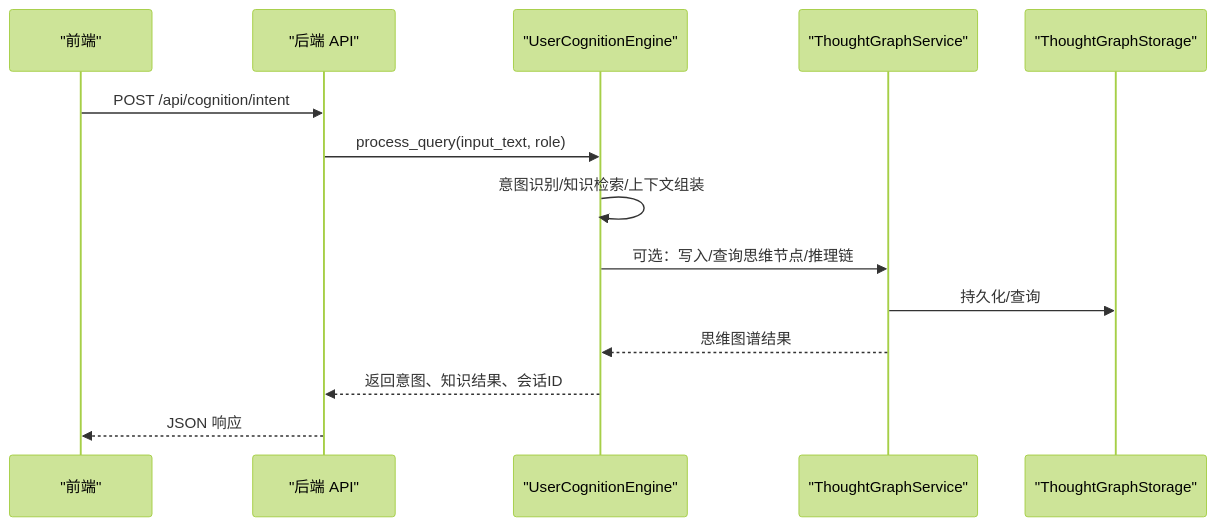
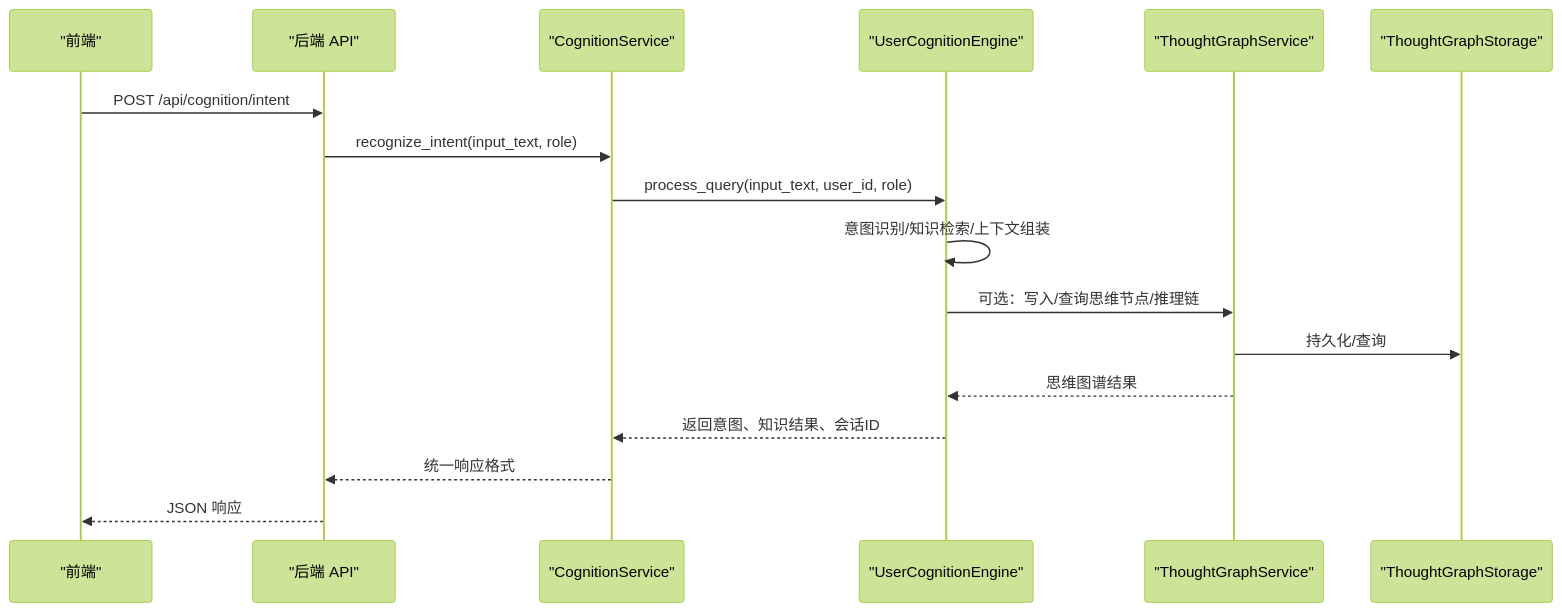
Before and after one commit to inier/ontology-graphiti: the second of 8 diagrams in .qoder/repowiki/zh/content/核心模块/核心领域模块/认知引擎.md, drawn with Mermaid (forest theme). The commit also changed other lines of this file and 64 other files, not shown here.

````diff
--- a/.qoder/repowiki/zh/content/核心模块/核心领域模块/认知引擎.md
+++ b/.qoder/repowiki/zh/content/核心模块/核心领域模块/认知引擎.md
@@ -114,16 +149,19 @@
 ```mermaid
 sequenceDiagram
 participant FE as "前端"
 participant API as "后端 API"
+participant CS as "CognitionService"
 participant UCE as "UserCognitionEngine"
 participant TGS as "ThoughtGraphService"
 participant TGSQL as "ThoughtGraphStorage"
 FE->>API : POST /api/cognition/intent
-API->>UCE : process_query(input_text, role)
+API->>CS : recognize_intent(input_text, role)
+CS->>UCE : process_query(input_text, user_id, role)
 UCE->>UCE : 意图识别/知识检索/上下文组装
 UCE->>TGS : 可选：写入/查询思维节点/推理链
 TGS->>TGSQL : 持久化/查询
 TGS-->>UCE : 思维图谱结果
-UCE-->>API : 返回意图、知识结果、会话ID
+UCE-->>CS : 返回意图、知识结果、会话ID
+CS-->>API : 统一响应格式
 API-->>FE : JSON 响应
 ```
````
